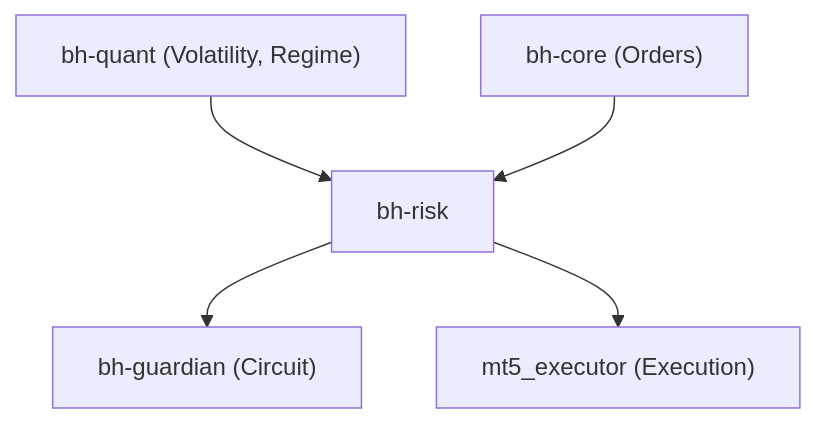
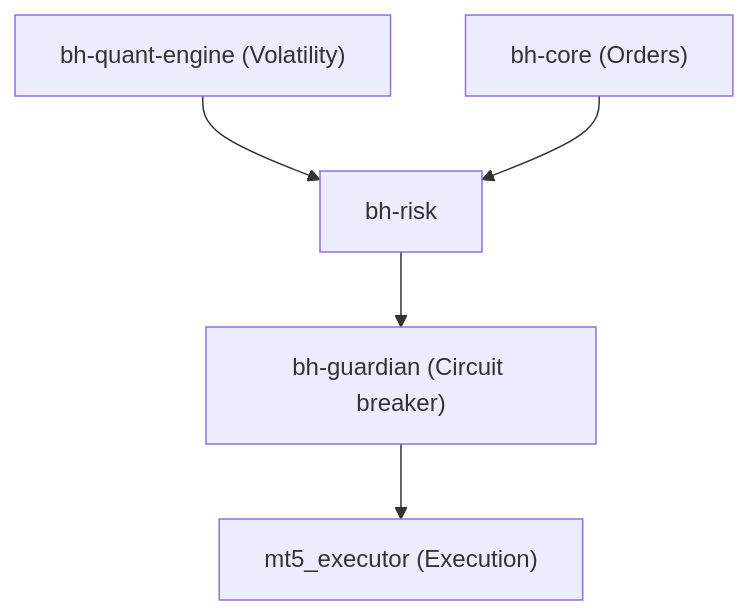
The third of 3 diagrams in docs/repositories/bh-risk.md (blackholefund/external_docs), drawn with Mermaid before and after one commit. The commit also changed other lines of this file and 17 other files, not shown here.

````diff
--- a/docs/repositories/bh-risk.md
+++ b/docs/repositories/bh-risk.md
@@ -346,7 +73,7 @@
 ```mermaid
 flowchart TD
-    bhQuant["bh-quant (Volatility, Regime)"] --> bhRisk["bh-risk"]
+    bhQuant["bh-quant-engine (Volatility)"] --> bhRisk["bh-risk"]
     bhCore["bh-core (Orders)"] --> bhRisk
-    bhRisk --> bhGuardian["bh-guardian (Circuit)"]
-    bhRisk --> mt5Executor["mt5_executor (Execution)"]
+    bhRisk --> bhGuardian["bh-guardian (Circuit breaker)"]
+    bhGuardian --> mt5Executor["mt5_executor (Execution)"]
 ```
````
